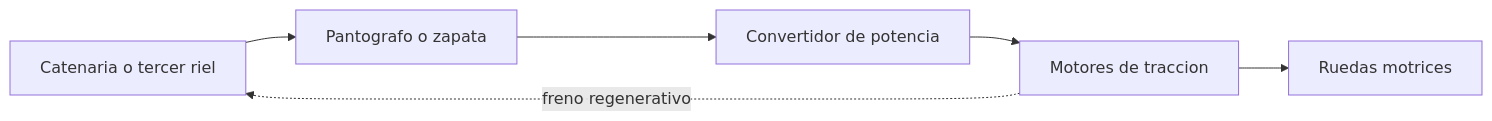
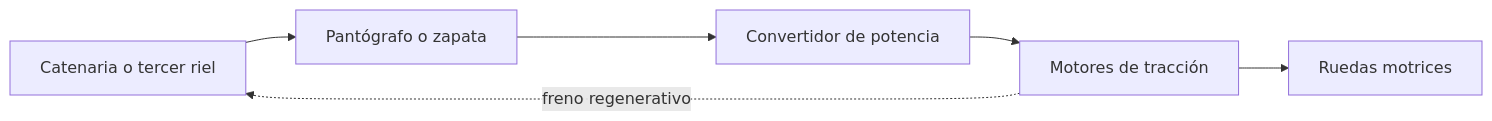
The second of 4 diagrams in vehiculos/tren-pasajeros/operacion/sistemas-mecanicos-tren-pasajeros.md (vladimiracunadev-create/machine-operator-program), drawn with Mermaid before and after one commit. The commit also changed other lines of this file and 442 other files, not shown here.

````diff
--- a/vehiculos/tren-pasajeros/operacion/sistemas-mecanicos-tren-pasajeros.md
+++ b/vehiculos/tren-pasajeros/operacion/sistemas-mecanicos-tren-pasajeros.md
@@ -41,8 +41,8 @@
 ```mermaid
 flowchart LR
-    Linea[Catenaria o tercer riel] --> Toma[Pantografo o zapata]
+    Linea[Catenaria o tercer riel] --> Toma[Pantógrafo o zapata]
     Toma --> Convertidor[Convertidor de potencia]
-    Convertidor --> Motor[Motores de traccion]
+    Convertidor --> Motor[Motores de tracción]
     Motor --> Rueda[Ruedas motrices]
     Motor -. freno regenerativo .-> Linea
 ```
````
